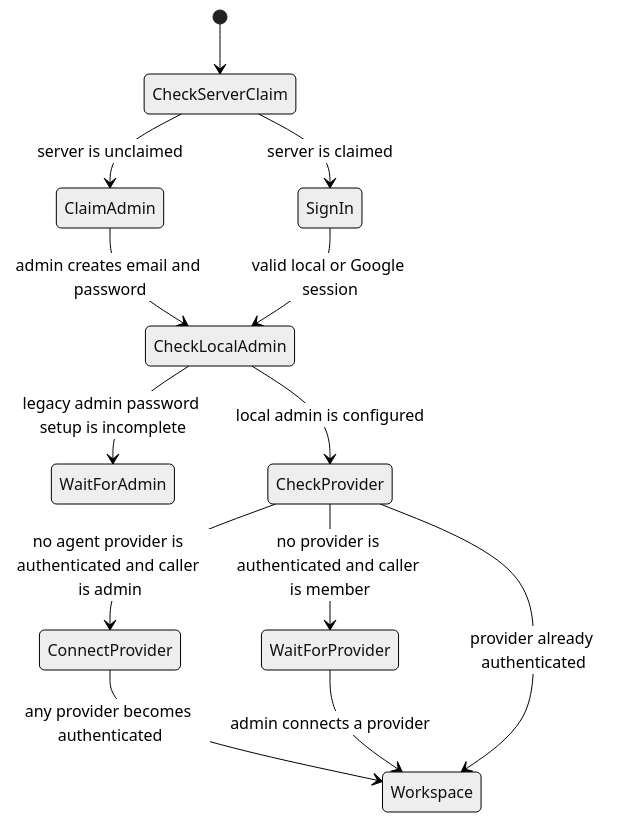
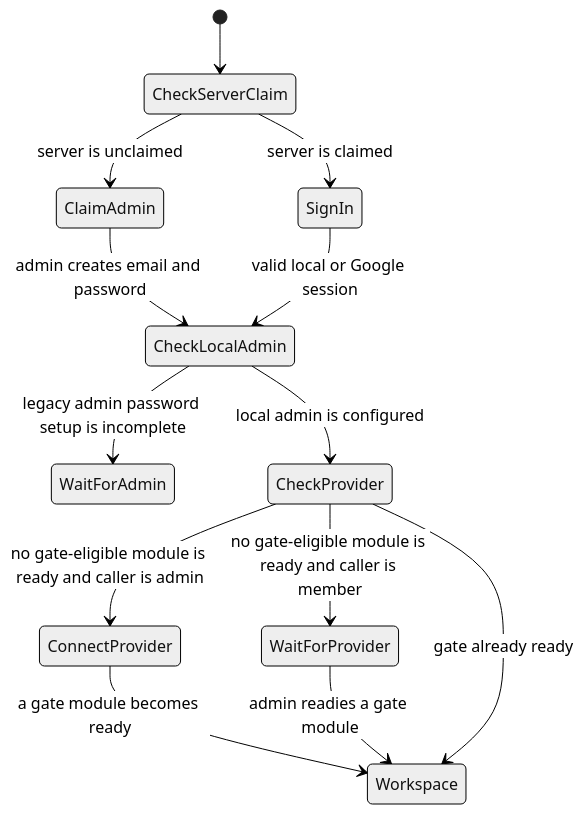
One commit to AbdallahMohamedDotnet/remote.futrx changed the first of 6 diagrams in docs/02-workspaces/02-auth-users-and-access.md. Above: the diagram before and after it, drawn with Mermaid (neutral theme). The commit also changed other lines of this file and 27 other files, not shown here.

````diff
--- a/docs/02-workspaces/02-auth-users-and-access.md
+++ b/docs/02-workspaces/02-auth-users-and-access.md
@@ -13,15 +13,15 @@
 ```mermaid
 stateDiagram-v2
     [*] --> CheckServerClaim
     CheckServerClaim --> ClaimAdmin: server is unclaimed
     CheckServerClaim --> SignIn: server is claimed
     ClaimAdmin --> CheckLocalAdmin: admin creates email and password
     SignIn --> CheckLocalAdmin: valid local or Google session
     CheckLocalAdmin --> WaitForAdmin: legacy admin password setup is incomplete
     CheckLocalAdmin --> CheckProvider: local admin is configured
-    CheckProvider --> ConnectProvider: no agent provider is authenticated and caller is admin
-    CheckProvider --> WaitForProvider: no provider is authenticated and caller is member
-    ConnectProvider --> Workspace: any provider becomes authenticated
-    WaitForProvider --> Workspace: admin connects a provider
-    CheckProvider --> Workspace: provider already authenticated
+    CheckProvider --> ConnectProvider: no gate-eligible module is ready and caller is admin
+    CheckProvider --> WaitForProvider: no gate-eligible module is ready and caller is member
+    ConnectProvider --> Workspace: a gate module becomes ready
+    WaitForProvider --> Workspace: admin readies a gate module
+    CheckProvider --> Workspace: gate already ready
 ```
````
